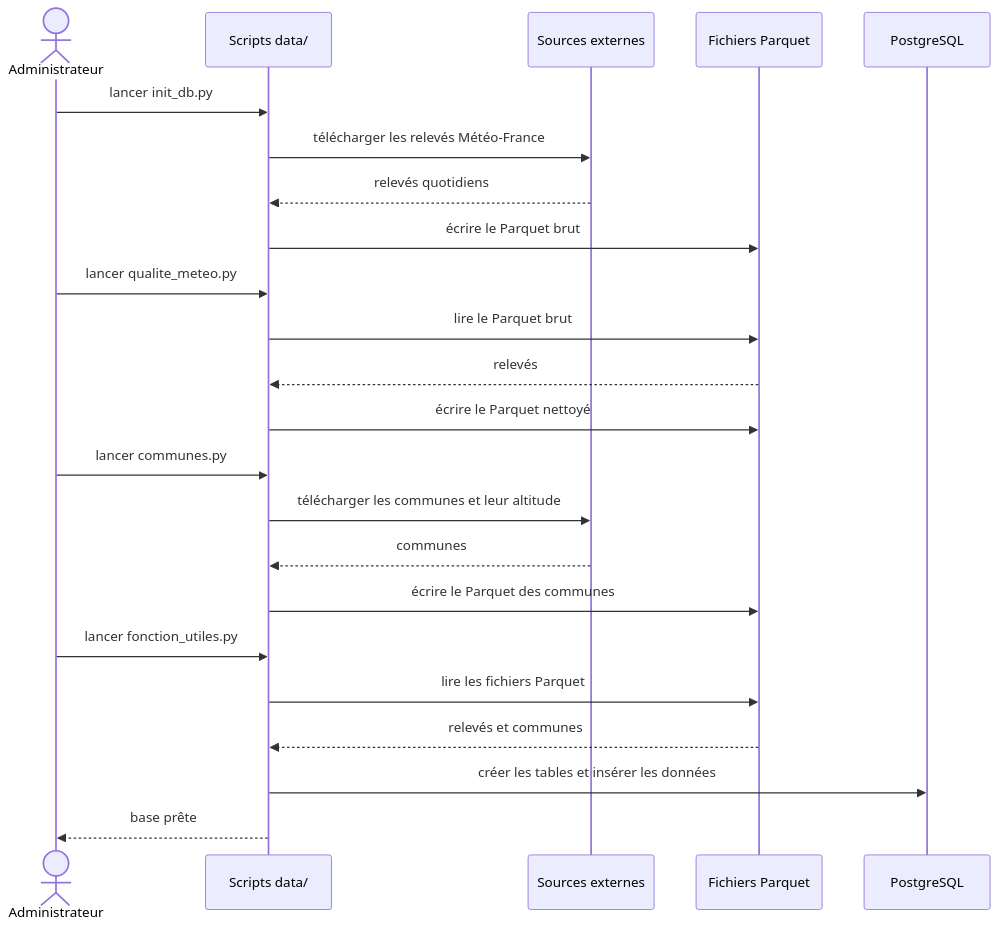
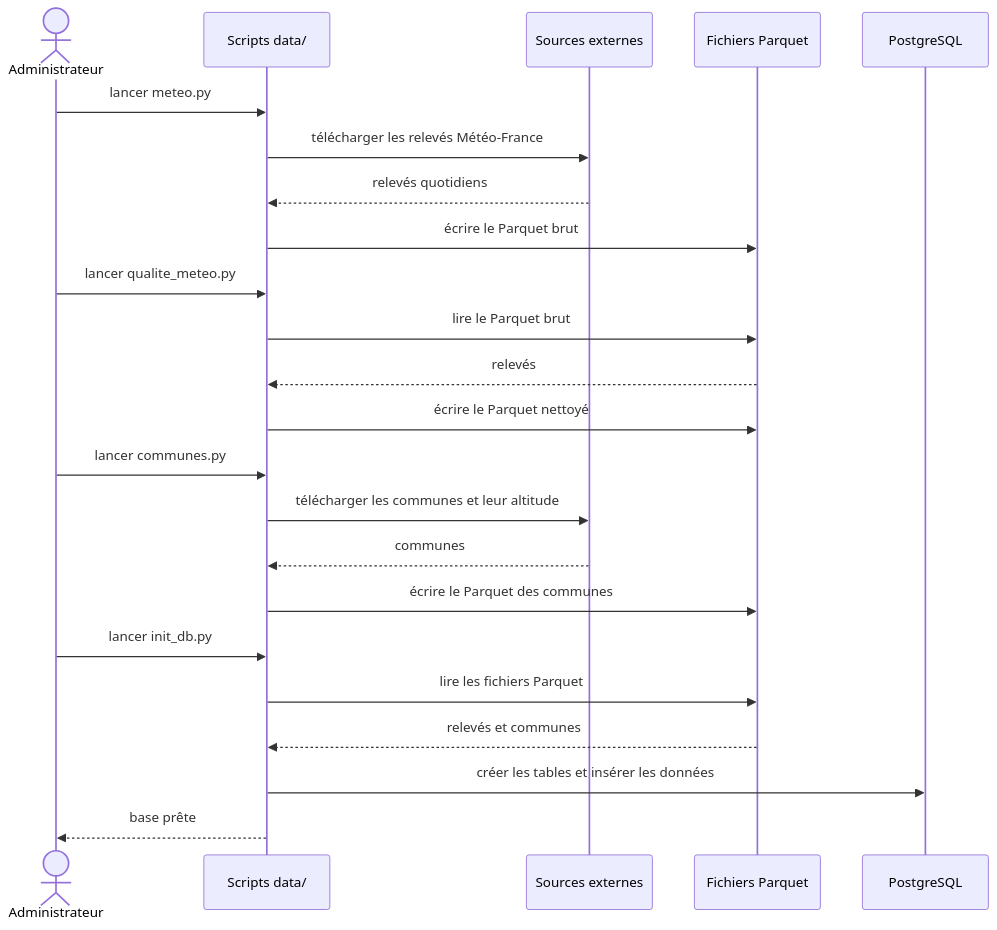
The third of 16 diagrams in doc/new_diagram.md (gabriel-dahan/ensai-it-project-2a-team12), drawn with Mermaid before and after one commit. The commit also changed other lines of this file and 18 other files, not shown here.

````diff
--- a/doc/new_diagram.md
+++ b/doc/new_diagram.md
@@ -404,29 +404,29 @@
 ```mermaid
 sequenceDiagram
     actor Admin as Administrateur
     participant Scripts as Scripts data/
     participant Ext as Sources externes
     participant Pq as Fichiers Parquet
     participant DB as PostgreSQL
 
-    Admin->>Scripts: lancer init_db.py
+    Admin->>Scripts: lancer meteo.py
     Scripts->>Ext: télécharger les relevés Météo-France
     Ext-->>Scripts: relevés quotidiens
     Scripts->>Pq: écrire le Parquet brut
 
     Admin->>Scripts: lancer qualite_meteo.py
     Scripts->>Pq: lire le Parquet brut
     Pq-->>Scripts: relevés
     Scripts->>Pq: écrire le Parquet nettoyé
 
     Admin->>Scripts: lancer communes.py
     Scripts->>Ext: télécharger les communes et leur altitude
     Ext-->>Scripts: communes
     Scripts->>Pq: écrire le Parquet des communes
 
-    Admin->>Scripts: lancer fonction_utiles.py
+    Admin->>Scripts: lancer init_db.py
     Scripts->>Pq: lire les fichiers Parquet
     Pq-->>Scripts: relevés et communes
     Scripts->>DB: créer les tables et insérer les données
     Scripts-->>Admin: base prête
 ```
````
